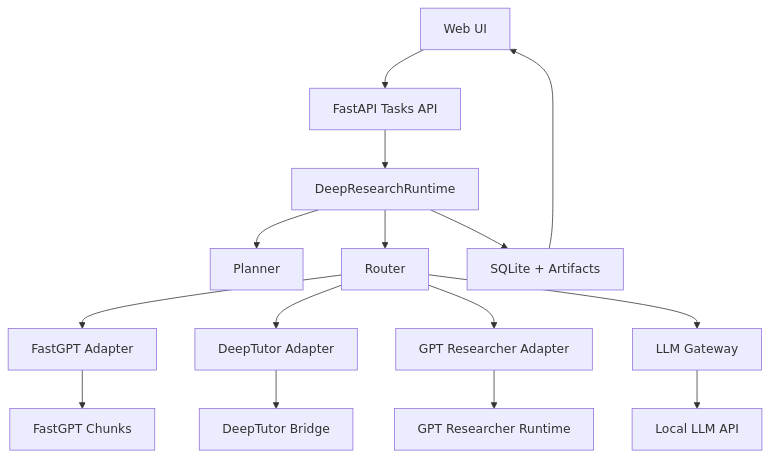
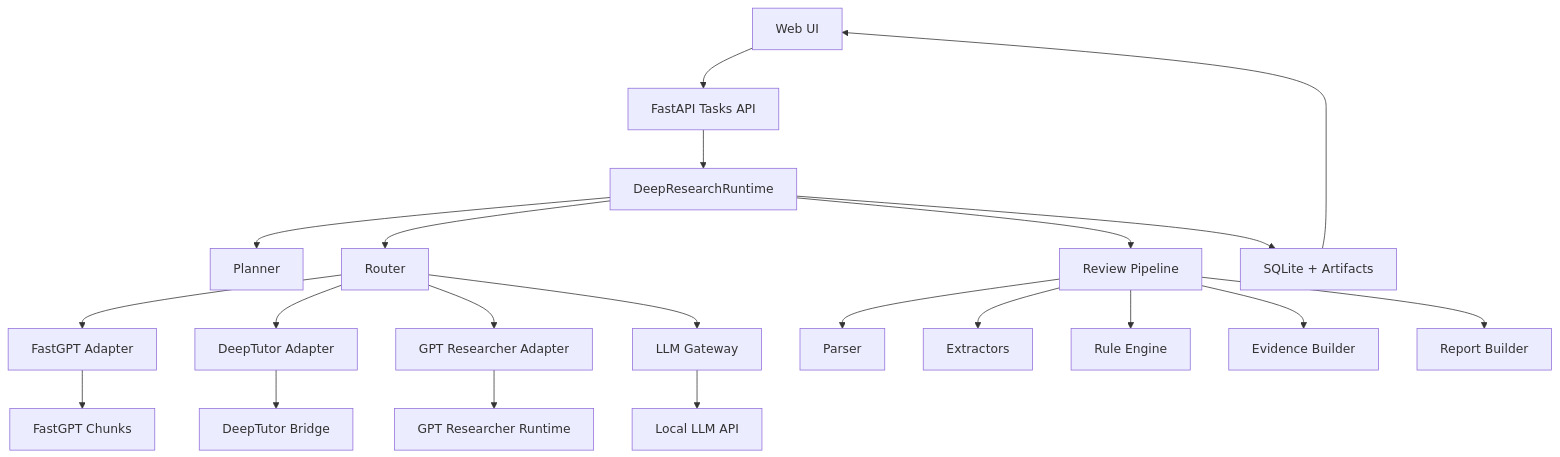
Before and after one commit to watsonk1998/008-review-control-plane: the diagram in docs/architecture.md, drawn with Mermaid. The commit also changed other lines of this file and 44 other files, not shown here.

Commit message:
Add structured review pipeline and evaluation support

````diff
--- a/docs/architecture.md
+++ b/docs/architecture.md
@@ -82,17 +107,23 @@
 ```mermaid
 flowchart TD
     A[Web UI] --> B[FastAPI Tasks API]
     B --> C[DeepResearchRuntime]
     C --> D[Planner]
     C --> E[Router]
     E --> F[FastGPT Adapter]
     E --> G[DeepTutor Adapter]
     E --> H[GPT Researcher Adapter]
     E --> I[LLM Gateway]
+    C --> R[Review Pipeline]
+    R --> R1[Parser]
+    R --> R2[Extractors]
+    R --> R3[Rule Engine]
+    R --> R4[Evidence Builder]
+    R --> R5[Report Builder]
     F --> J[FastGPT Chunks]
     G --> K[DeepTutor Bridge]
     H --> L[GPT Researcher Runtime]
     I --> M[Local LLM API]
     C --> N[SQLite + Artifacts]
     N --> A
 ```
````
